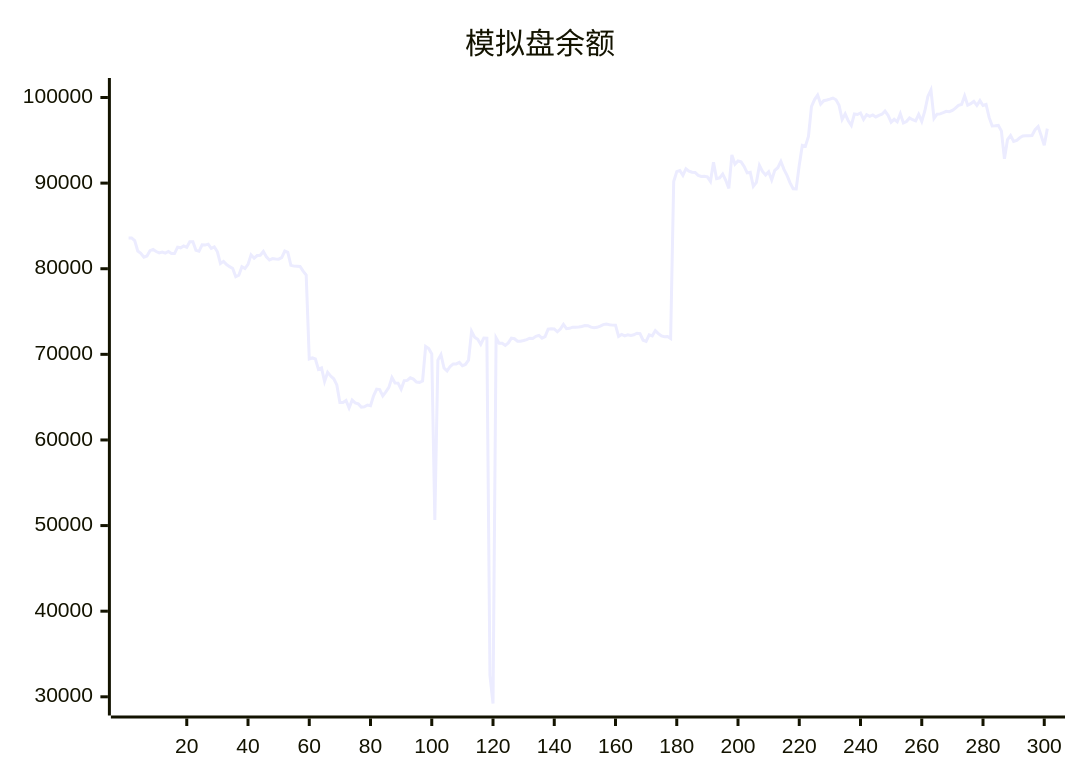
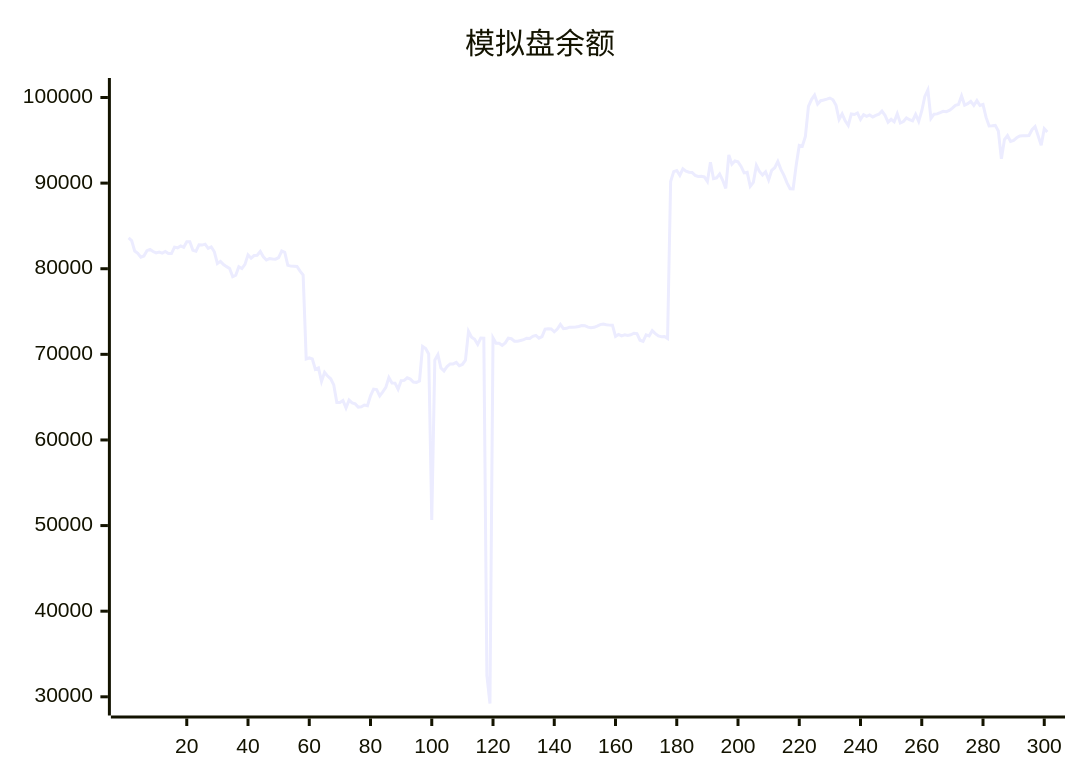
The diagram in README.md (aahl/ai-trading), drawn with Mermaid before and after one commit. The commit also changed other lines of this file and 1 other file, not shown here.

````diff
--- a/README.md
+++ b/README.md
@@ -5,5 +5,5 @@
 ```mermaid
 xychart
     title "模拟盘余额"
-    line [83590,83592,83275,82072,81806,81344,81492,82109,82254,82006,81848,81955,81829,82022,81769,81776,82522,82441,82656,82498,83144,83144,82150,82038,82797,82763,82872,82367,82536,81981,80612,80862,80484,80242,80034,79063,79245,80226,80016,80507,81625,81233,81544,81578,82016,81401,81019,81186,81130,81118,81306,82066,81909,80392,80304,80291,80258,79729,79261,69466,69579,69456,68251,68415,66832,67911,67462,67144,66432,64380,64375,64606,63740,64647,64324,64216,63842,63877,64078,64008,65156,65945,65888,65157,65625,66144,67284,66653,66639,65924,66925,66956,67263,67108,66766,66729,66886,70927,70673,70049,50652,69334,69973,68400,68061,68578,68876,68879,69055,68662,68822,69329,72687,71999,71760,71162,71911,71896,32500,29218,71927,71297,71305,71044,71337,71883,71822,71536,71536,71622,71723,71880,71860,72100,72216,71887,72077,72940,72976,72966,72638,72948,73497,73004,73041,73173,73160,73186,73258,73375,73351,73173,73098,73161,73305,73474,73536,73457,73413,73412,72100,72333,72164,72272,72204,72285,72461,72421,71652,71521,72267,72157,72774,72424,72144,72060,72091,71858,90185,91338,91466,90900,91678,91404,91268,91244,90903,90779,90787,90721,90187,92429,90518,90619,91070,90328,89376,93286,92202,92581,92485,91947,91196,91259,89619,90086,92063,91355,90950,91327,90373,91498,91800,92531,91603,90910,90031,89351,89334,92097,94406,94315,95455,98972,99763,100286,99229,99622,99701,99805,99938,99738,99082,97430,98094,97267,96741,98081,98013,98194,97447,97983,97789,97969,97729,97911,98043,98405,97912,97120,97448,97154,98095,97021,97190,97616,97402,97263,98035,97210,98424,100120,100876,97552,98049,98085,98228,98388,98342,98488,98750,99086,99181,100188,99107,99272,99553,99072,99636,99061,99186,97674,96679,96704,96743,96096,92830,95088,95560,94866,94995,95295,95497,95531,95527,95559,96236,96597,95538,94422,96363]
+    line [83592,83275,82072,81806,81344,81492,82109,82254,82006,81848,81955,81829,82022,81769,81776,82522,82441,82656,82498,83144,83144,82150,82038,82797,82763,82872,82367,82536,81981,80612,80862,80484,80242,80034,79063,79245,80226,80016,80507,81625,81233,81544,81578,82016,81401,81019,81186,81130,81118,81306,82066,81909,80392,80304,80291,80258,79729,79261,69466,69579,69456,68251,68415,66832,67911,67462,67144,66432,64380,64375,64606,63740,64647,64324,64216,63842,63877,64078,64008,65156,65945,65888,65157,65625,66144,67284,66653,66639,65924,66925,66956,67263,67108,66766,66729,66886,70927,70673,70049,50652,69334,69973,68400,68061,68578,68876,68879,69055,68662,68822,69329,72687,71999,71760,71162,71911,71896,32500,29218,71927,71297,71305,71044,71337,71883,71822,71536,71536,71622,71723,71880,71860,72100,72216,71887,72077,72940,72976,72966,72638,72948,73497,73004,73041,73173,73160,73186,73258,73375,73351,73173,73098,73161,73305,73474,73536,73457,73413,73412,72100,72333,72164,72272,72204,72285,72461,72421,71652,71521,72267,72157,72774,72424,72144,72060,72091,71858,90185,91338,91466,90900,91678,91404,91268,91244,90903,90779,90787,90721,90187,92429,90518,90619,91070,90328,89376,93286,92202,92581,92485,91947,91196,91259,89619,90086,92063,91355,90950,91327,90373,91498,91800,92531,91603,90910,90031,89351,89334,92097,94406,94315,95455,98972,99763,100286,99229,99622,99701,99805,99938,99738,99082,97430,98094,97267,96741,98081,98013,98194,97447,97983,97789,97969,97729,97911,98043,98405,97912,97120,97448,97154,98095,97021,97190,97616,97402,97263,98035,97210,98424,100120,100876,97552,98049,98085,98228,98388,98342,98488,98750,99086,99181,100188,99107,99272,99553,99072,99636,99061,99186,97674,96679,96704,96743,96096,92830,95088,95560,94866,94995,95295,95497,95531,95527,95559,96236,96597,95538,94422,96363,95972]
 ```
````
